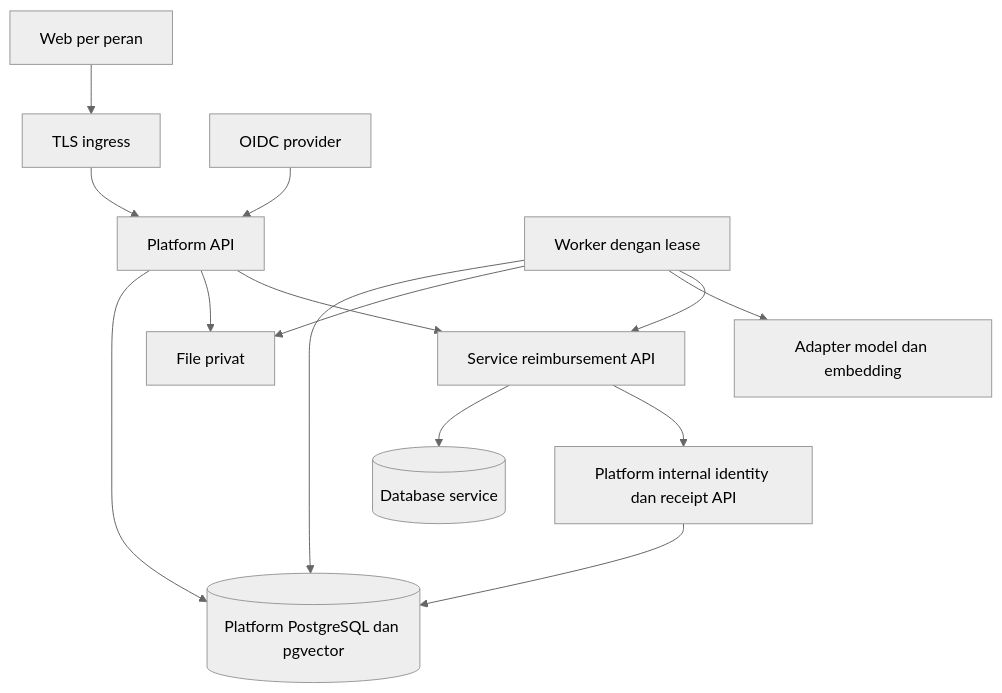
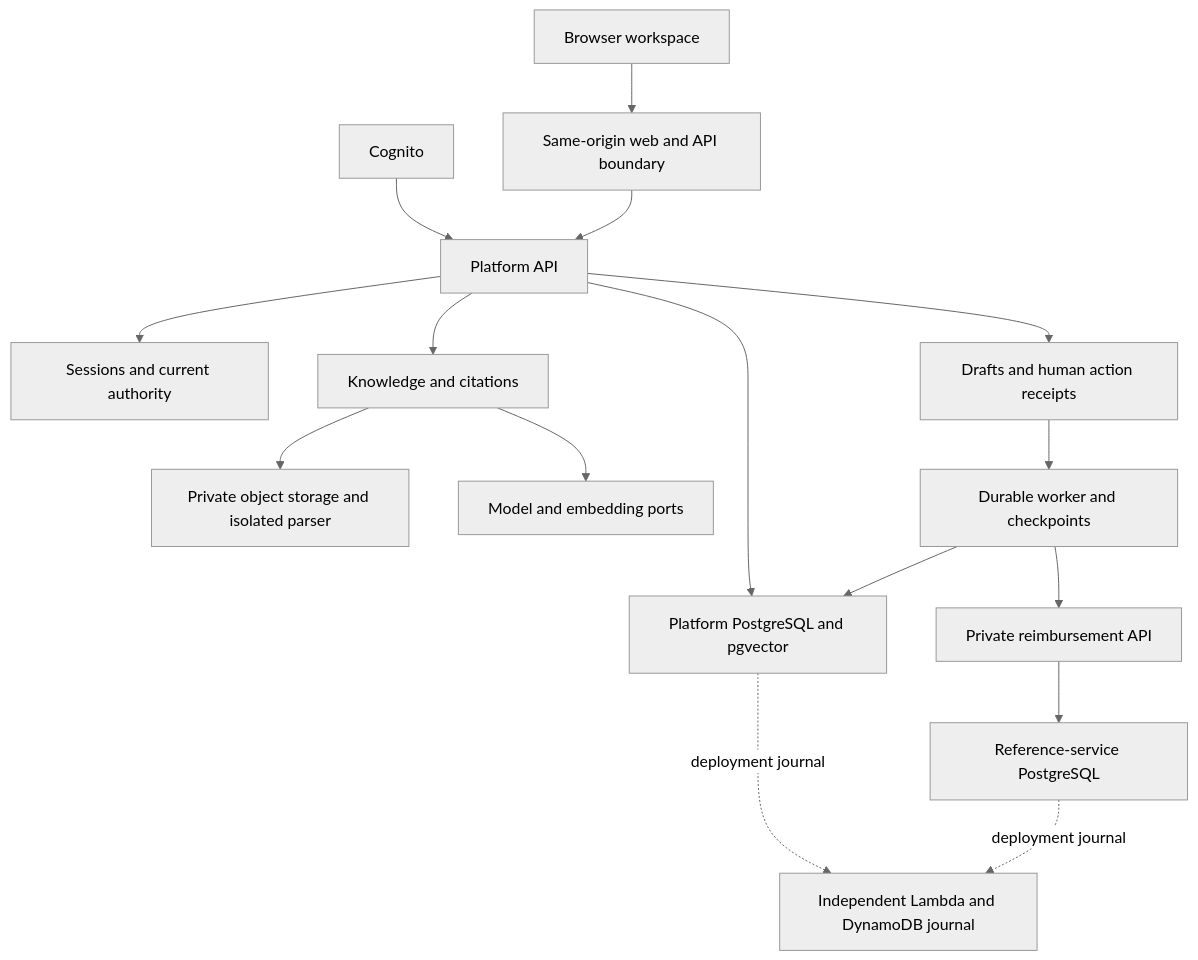
The diagram in ARCHITECTURE.md (williamlo90/enterprise-ai-agent-platform), drawn with Mermaid (neutral theme) before and after one commit. The commit also changed other lines of this file and 764 other files, not shown here.

Commit message:
chore: publish current platform with curated portfolio documentation

````diff
--- a/ARCHITECTURE.md
+++ b/ARCHITECTURE.md
@@ -17,16 +6,18 @@
 ```mermaid
-flowchart TD
-    U[Web per peran] --> G[TLS ingress]
-    G --> A[Platform API]
-    I[OIDC provider] --> A
-    A --> P[(Platform PostgreSQL dan pgvector)]
-    A --> F[File privat]
-    W[Worker dengan lease] --> P
-    W --> F
-    W --> M[Adapter model dan embedding]
-    A --> S[Service reimbursement API]
-    W --> S
-    S --> R[(Database service)]
-    S --> V[Platform internal identity dan receipt API]
-    V --> P
+flowchart TB
+    B[Browser workspace] --> EDGE[Same-origin web and API boundary]
+    C[Cognito] --> P[Platform API]
+    EDGE --> P
+    P --> I[Sessions and current authority]
+    P --> K[Knowledge and citations]
+    P --> D[Drafts and human action receipts]
+    K --> S[Private object storage and isolated parser]
+    K --> M[Model and embedding ports]
+    D --> W[Durable worker and checkpoints]
+    W --> R[Private reimbursement API]
+    P --> DB[Platform PostgreSQL and pgvector]
+    W --> DB
+    R --> RDB[Reference-service PostgreSQL]
+    DB -. deployment journal .-> J[Independent Lambda and DynamoDB journal]
+    RDB -. deployment journal .-> J
 ```
````
